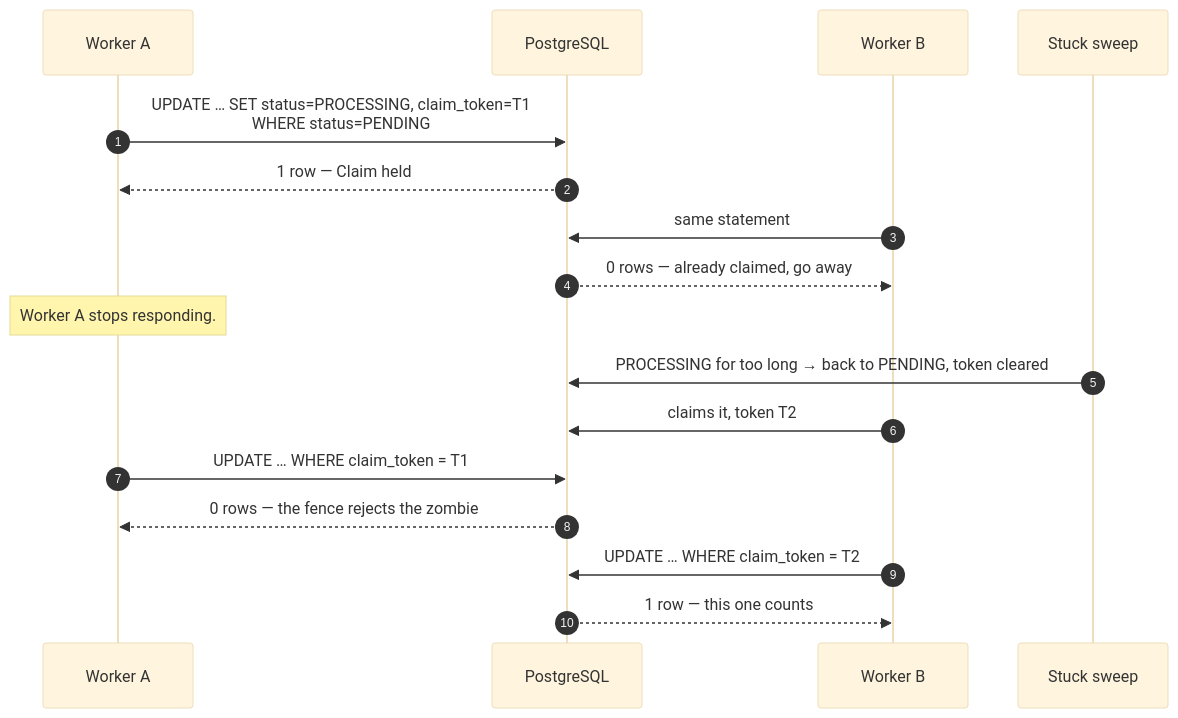
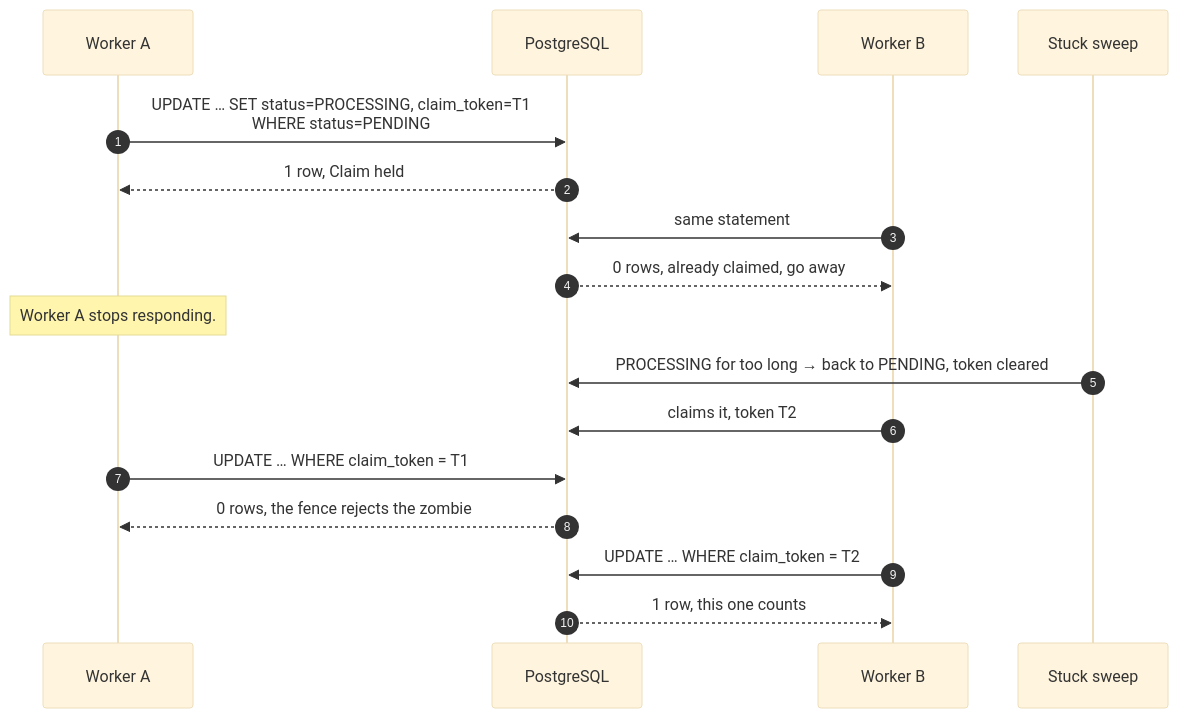
The sixth of 14 diagrams in docs/ARCHITECTURE.md (vadymkykalo/railhook), drawn with Mermaid (base theme) before and after one commit. The commit also changed other lines of this file and 1 other file, not shown here.

Commit message:
docs: halve the prose in ARCHITECTURE and OPERATIONS, keep diagrams and procedures

````diff
--- a/docs/ARCHITECTURE.md
+++ b/docs/ARCHITECTURE.md
@@ -328,23 +289,23 @@
 ```mermaid
 sequenceDiagram
     autonumber
     participant W1 as Worker A
     participant DB as PostgreSQL
     participant W2 as Worker B
     participant Sweep as Stuck sweep
 
     W1->>DB: UPDATE … SET status=PROCESSING, claim_token=T1<br/>WHERE status=PENDING
-    DB-->>W1: 1 row — Claim held
+    DB-->>W1: 1 row, Claim held
     W2->>DB: same statement
-    DB-->>W2: 0 rows — already claimed, go away
+    DB-->>W2: 0 rows, already claimed, go away
 
     Note over W1: Worker A stops responding.
 
     Sweep->>DB: PROCESSING for too long → back to PENDING, token cleared
     W2->>DB: claims it, token T2
 
     W1->>DB: UPDATE … WHERE claim_token = T1
-    DB-->>W1: 0 rows — the fence rejects the zombie
+    DB-->>W1: 0 rows, the fence rejects the zombie
     W2->>DB: UPDATE … WHERE claim_token = T2
-    DB-->>W2: 1 row — this one counts
+    DB-->>W2: 1 row, this one counts
 ```
````
